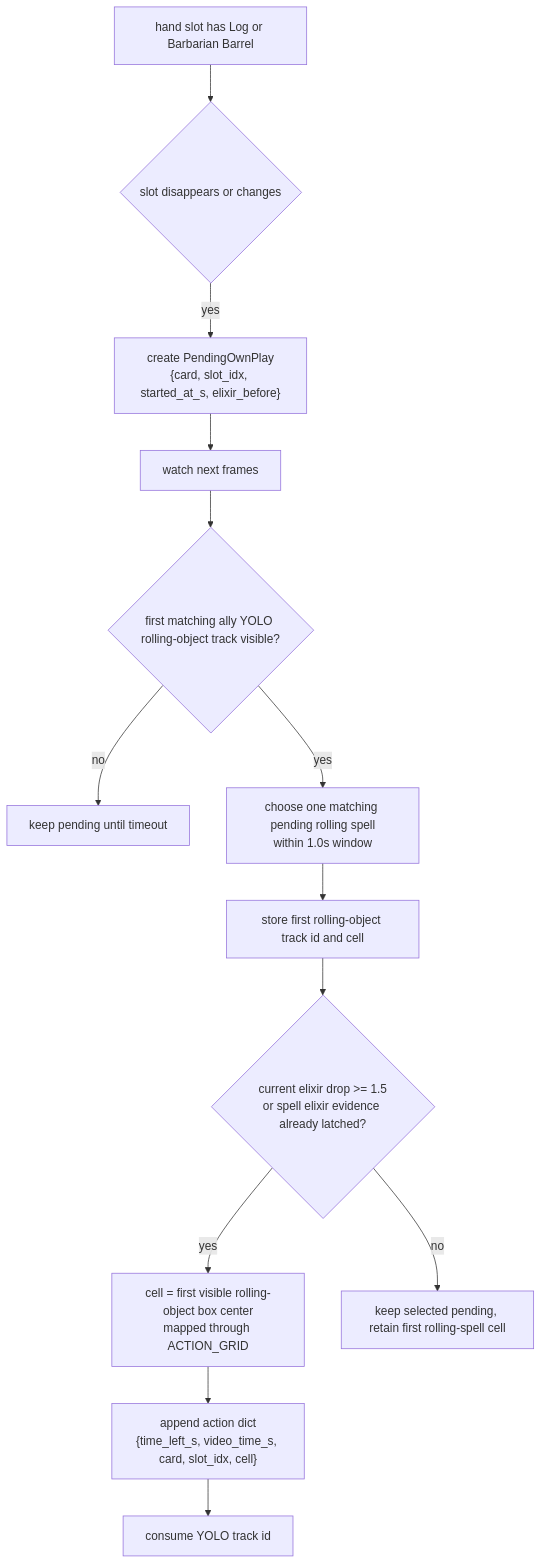
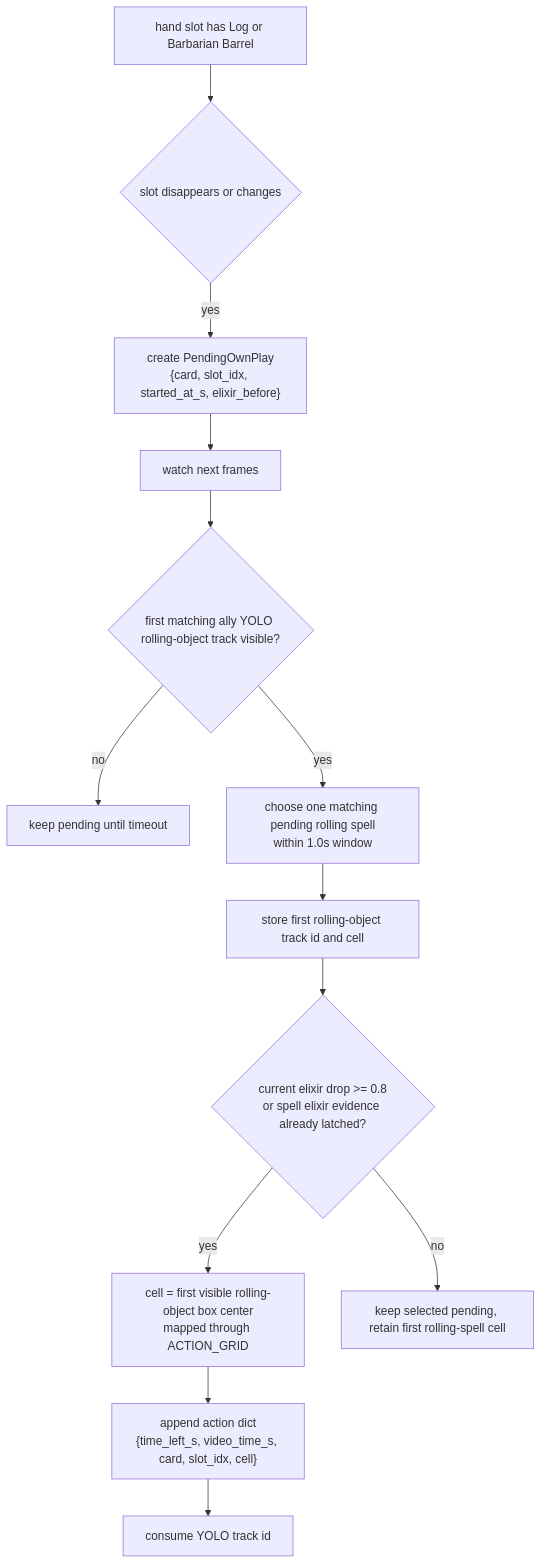
One commit to Keschler/cr-bot changed the sixth of 19 diagrams in docs/flowcharts.md. Above: the diagram before and after it, drawn with Mermaid. The commit also changed other lines of this file, not shown here.

Commit message:
Update flowcharts for current runtime and mining flow

````diff
--- a/docs/flowcharts.md
+++ b/docs/flowcharts.md
@@ -241,15 +245,15 @@
 ```mermaid
 flowchart TD
     A["hand slot has Log or Barbarian Barrel"] --> B{"slot disappears or changes"}
     B -->|"yes"| C["create PendingOwnPlay<br/>{card, slot_idx, started_at_s, elixir_before}"]
     C --> D["watch next frames"]
     D --> E{"first matching ally YOLO rolling-object track visible?"}
     E -->|"no"| F["keep pending until timeout"]
     E -->|"yes"| G["choose one matching pending rolling spell<br/>within 1.0s window"]
     G --> H["store first rolling-object track id and cell"]
-    H --> I{"current elixir drop >= 1.5<br/>or spell elixir evidence already latched?"}
+    H --> I{"current elixir drop >= 0.8<br/>or spell elixir evidence already latched?"}
     I -->|"yes"| J["cell = first visible rolling-object box center<br/>mapped through ACTION_GRID"]
     J --> K["append action dict<br/>{time_left_s, video_time_s, card, slot_idx, cell}"]
     K --> L["consume YOLO track id"]
     I -->|"no"| M["keep selected pending, retain first rolling-spell cell"]
 ```
````
